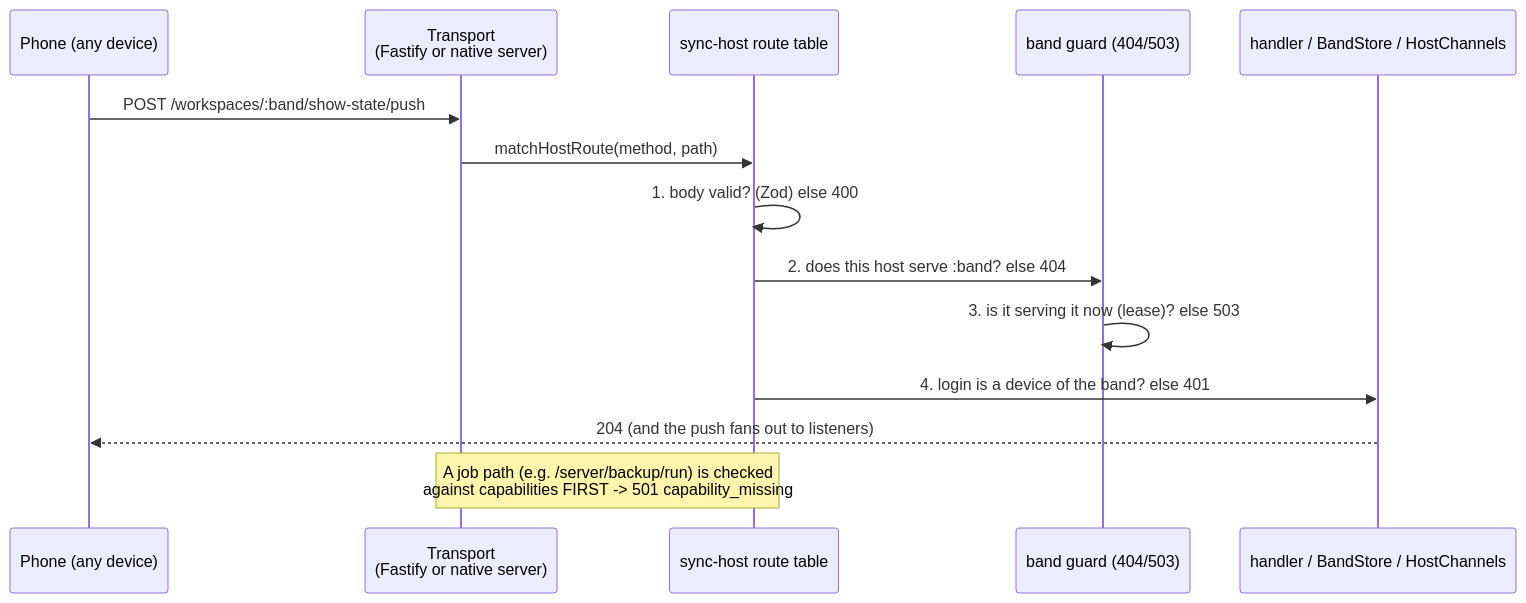
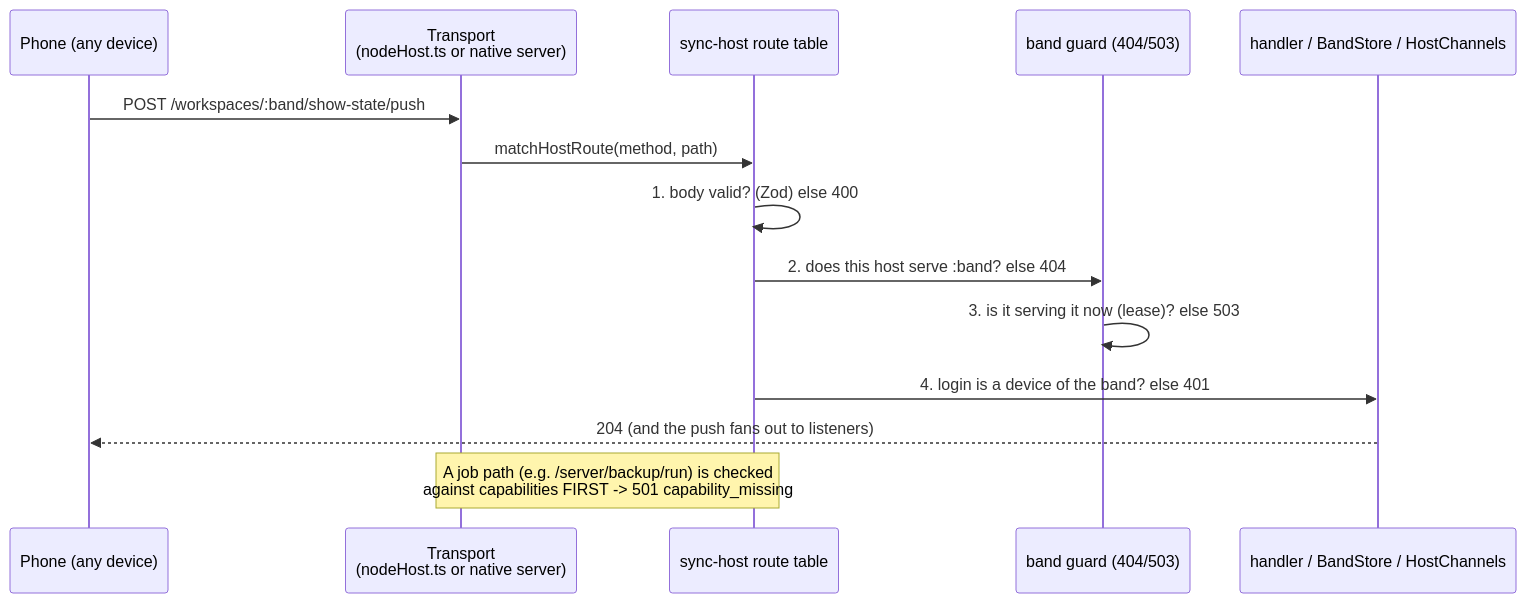
The second of 4 diagrams in docs/34_Host_Architektur_Uebersicht.md (marcomeyer1995/stageboard-core), drawn with Mermaid before and after one commit. The commit also changed other lines of this file and 16 other files, not shown here.

First line of the commit message:
core-backend: an own small Node listener instead of Fastify (#964, step 3) (#991)

````diff
--- a/docs/34_Host_Architektur_Uebersicht.md
+++ b/docs/34_Host_Architektur_Uebersicht.md
@@ -53,17 +53,17 @@
 ```mermaid
 sequenceDiagram
   participant P as Phone (any device)
-  participant T as Transport<br/>(Fastify or native server)
+  participant T as Transport<br/>(nodeHost.ts or native server)
   participant R as sync-host route table
   participant G as band guard (404/503)
   participant H as handler / BandStore / HostChannels
 
   P->>T: POST /workspaces/:band/show-state/push
   T->>R: matchHostRoute(method, path)
   R->>R: 1. body valid? (Zod) else 400
   R->>G: 2. does this host serve :band? else 404
   G->>G: 3. is it serving it now (lease)? else 503
   R->>H: 4. login is a device of the band? else 401
   H-->>P: 204 (and the push fans out to listeners)
   Note over T,R: A job path (e.g. /server/backup/run) is checked<br/>against capabilities FIRST -> 501 capability_missing
 ```
````
